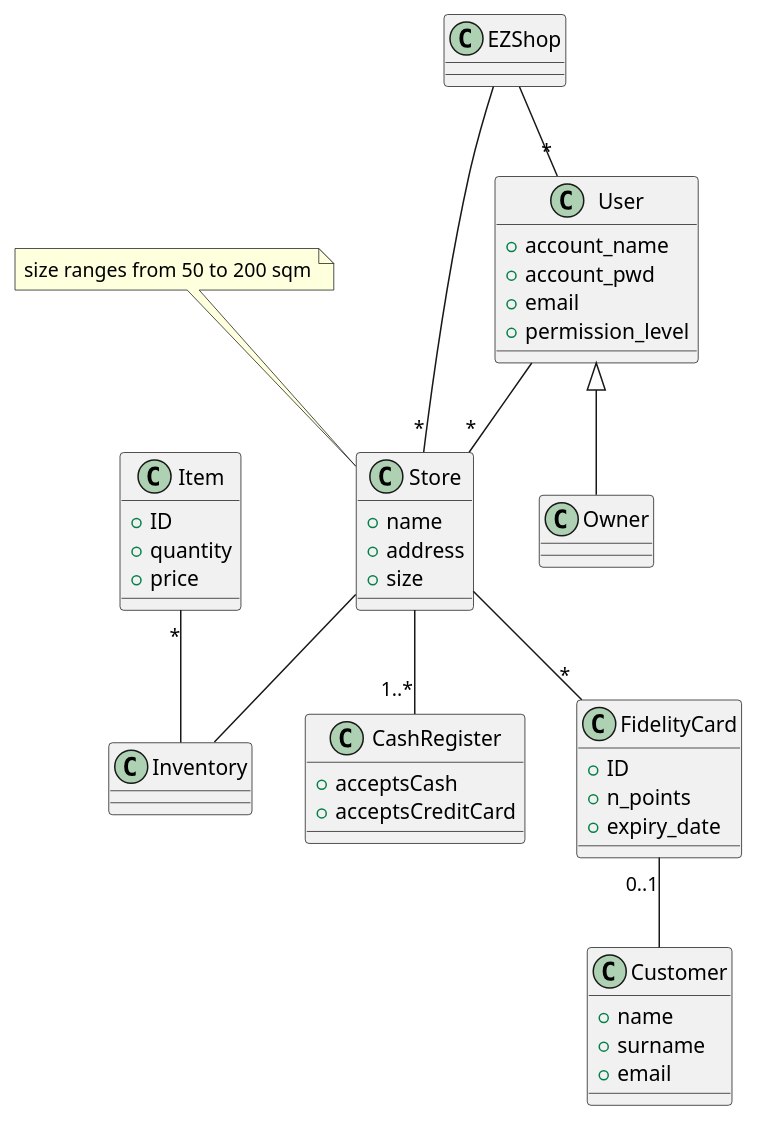
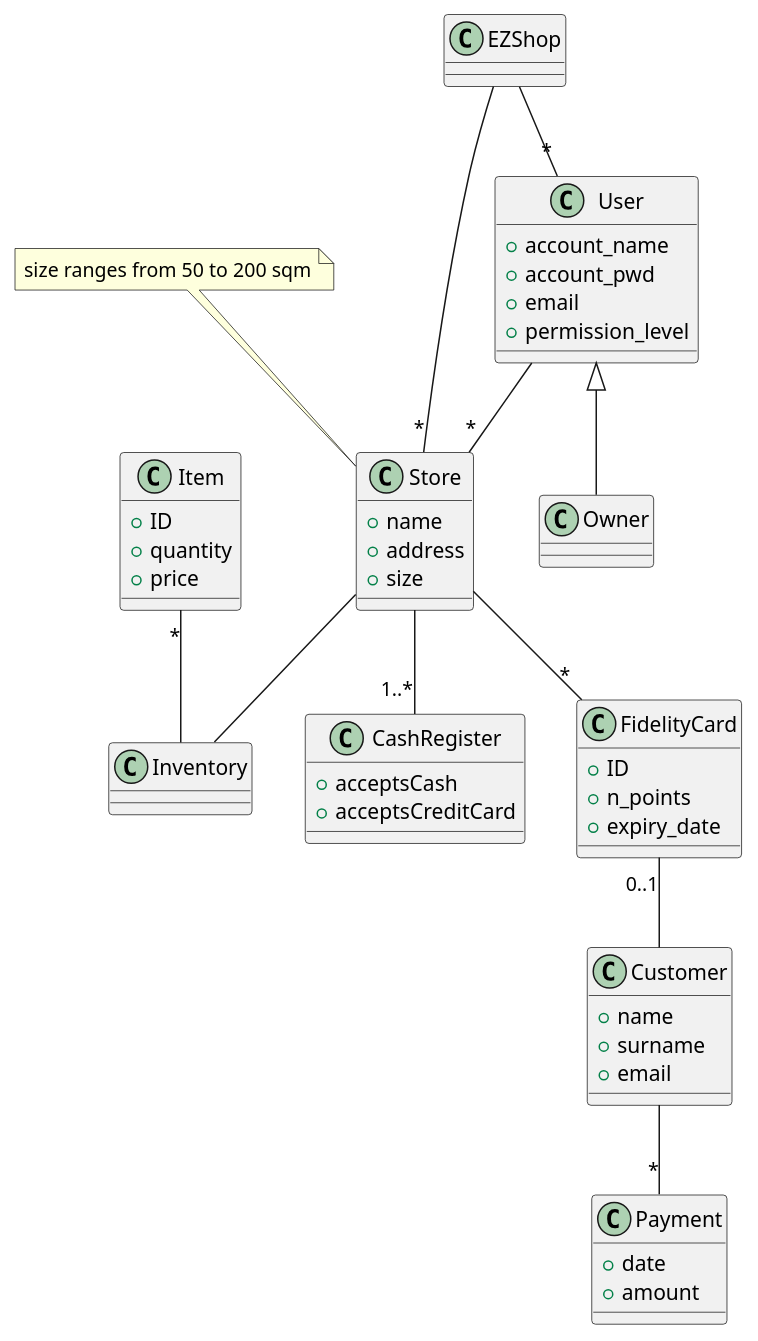
One commit to mspronesti/ezshop changed the second of 3 diagrams in Deliverables/RequirementsDocument.md. Above: the diagram before and after it, drawn with PlantUML.

Commit message:
docs: update glossary

````diff
--- a/Deliverables/RequirementsDocument.md
+++ b/Deliverables/RequirementsDocument.md
@@ -329,65 +329,71 @@
 ```plantuml
 @startuml
 
 note "size ranges from 50 to 200 sqm" as N1
 N1 -- Store
 
 class EZShop
 
 class User {
   + account_name
   + account_pwd
   + email	
   + permission_level
 }
 
 class Store {
   + name
   + address
   + size
 }
 
 class CashRegister{	
   + acceptsCash
   + acceptsCreditCard
 }
 
 class Owner
 
 class Customer {
   + name
   + surname
   + email
 }
 
 class FidelityCard {
   + ID
   + n_points
   + expiry_date	
 }
 
 class Item {
  + ID
  + quantity
  + price
 }
 
 class Inventory {	
 }
 
+class Payment{
+  + date
+  + amount
+}
+Customer -- "*" Payment
 
 Owner -up-|> User
 EZShop -- "*" Store
 User  -- "*" Store
 
 Item  "*" --  Inventory
 
 EZShop --"*" User
 
 Store  --  "1..*" CashRegister 
 FidelityCard "0..1" --  Customer
 Store  -- "*" FidelityCard
 Store --Inventory 
 
+
 @enduml
 ```
````
